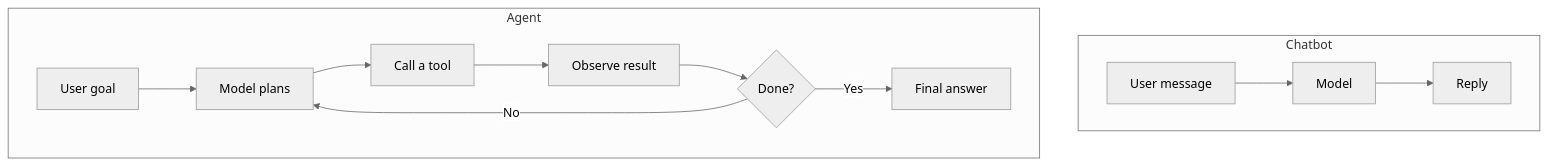
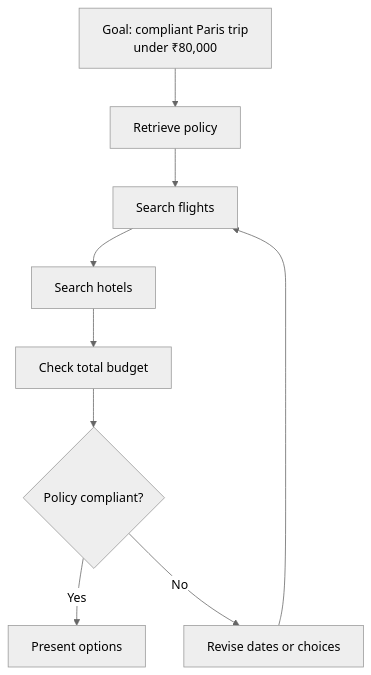
One commit to satishify/BackBenchLearner changed the second of 2 diagrams in content/genai/module-4-multimodal-agentic/agentic-systems/02-agents-vs-chatbots-recap.md. Above: the diagram before and after it, drawn with Mermaid (neutral theme). The commit also changed other lines of this file and 199 other files, not shown here.

````diff
--- a/content/genai/module-4-multimodal-agentic/agentic-systems/02-agents-vs-chatbots-recap.md
+++ b/content/genai/module-4-multimodal-agentic/agentic-systems/02-agents-vs-chatbots-recap.md
@@ -39,14 +73,11 @@
 ```mermaid
 flowchart TB
-    subgraph CB["Chatbot"]
-      U1[User message] --> M1[Model] --> R1[Reply]
-    end
-    subgraph AG["Agent"]
-      U2[User goal] --> M2[Model plans]
-      M2 --> T[Call a tool]
-      T --> O[Observe result]
-      O --> C{Done?}
-      C -->|No| M2
-      C -->|Yes| R2[Final answer]
-    end
+    G[Goal: compliant Paris trip<br/>under ₹80,000] --> P[Retrieve policy]
+    P --> F[Search flights]
+    F --> H[Search hotels]
+    H --> B[Check total budget]
+    B --> C{Policy compliant?}
+    C -->|Yes| O[Present options]
+    C -->|No| R[Revise dates or choices]
+    R --> F
 ```
````
